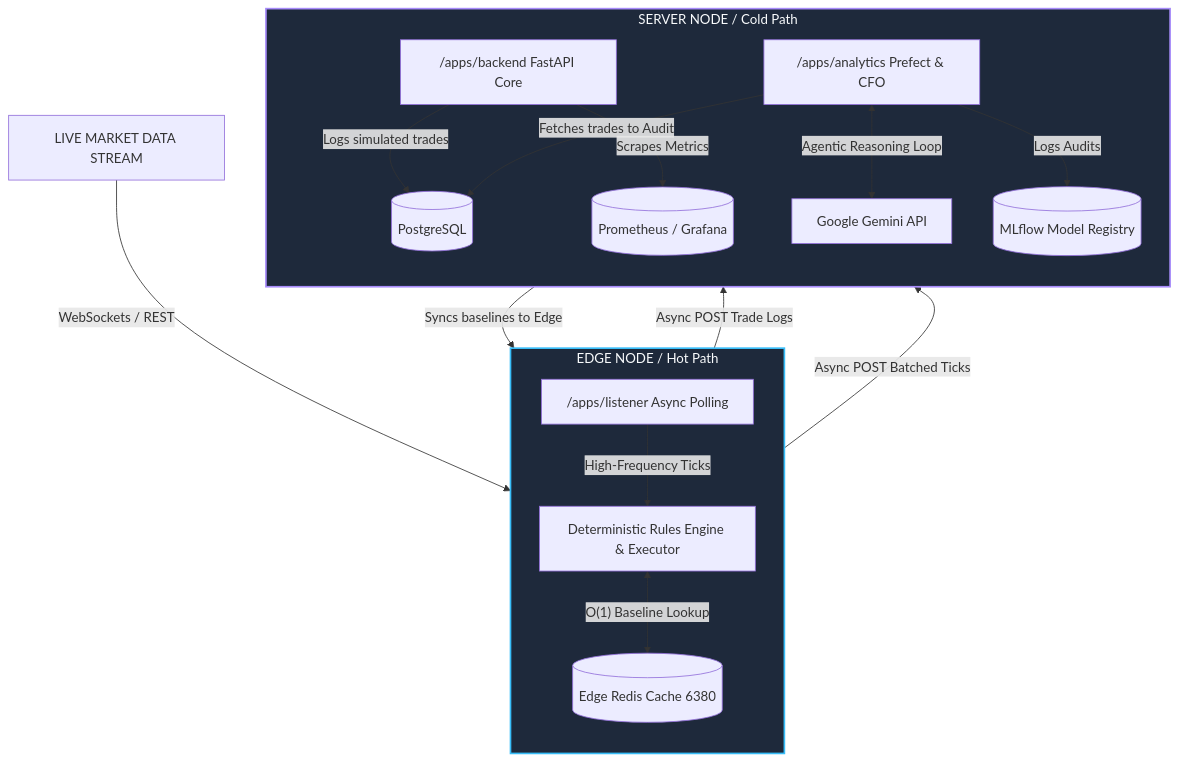
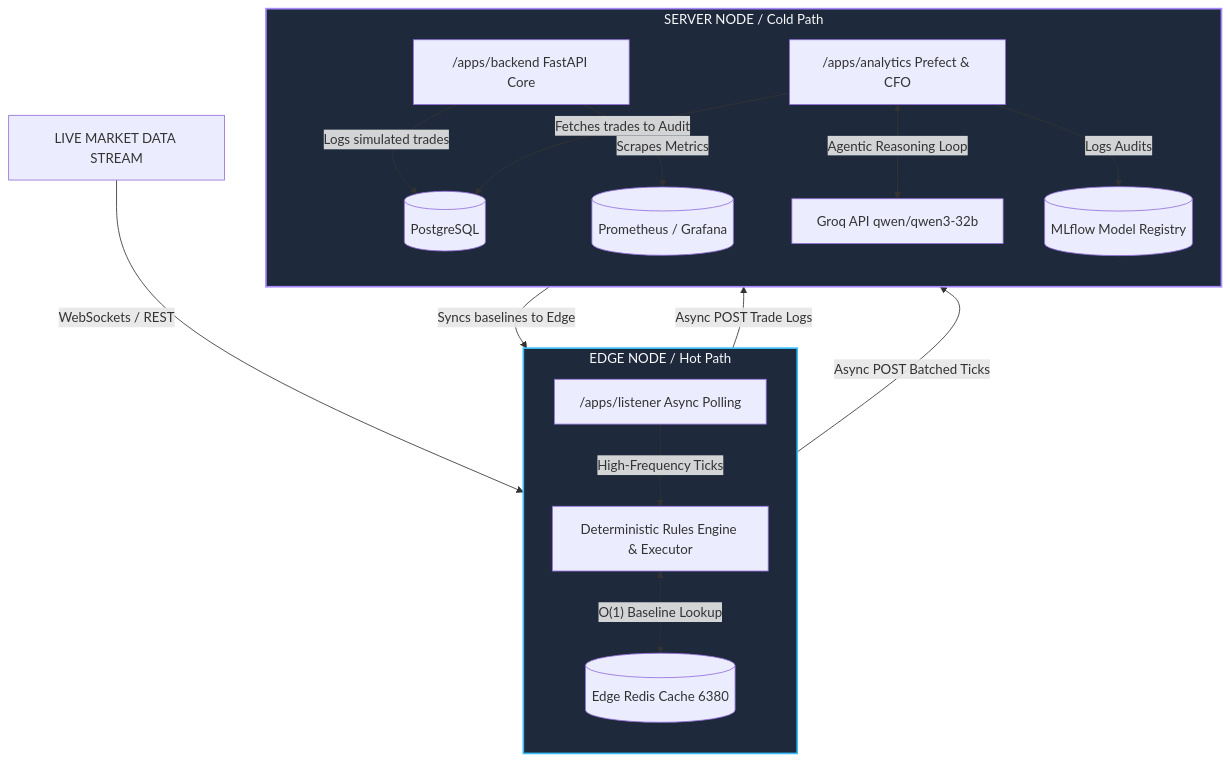
One commit to Criseda/brand-sniper-monorepo changed the diagram in docs/architecture.md. Above: the diagram before and after it, drawn with Mermaid. The commit also changed other lines of this file and 14 other files, not shown here.

First line of the commit message:
feat: migrate CFO pipeline from Gemini/FastMCP to Groq/instructor (#48)

````diff
--- a/docs/architecture.md
+++ b/docs/architecture.md
@@ -11,44 +11,44 @@
 ```mermaid
 flowchart TD
     classDef edgeNode fill:#1E293B,stroke:#38BDF8,stroke-width:2px,color:#F8FAFC
     classDef computeNode fill:#1E293B,stroke:#A78BFA,stroke-width:2px,color:#F8FAFC
     classDef dataStore fill:#334155,stroke:#94A3B8,stroke-width:1px,color:#E2F0F8
     classDef process fill:#0F172A,stroke:#64748B,stroke-width:1px,color:#E2F0F8,shape:rect
     classDef alert fill:#7F1D1D,stroke:#FCA5A5,stroke-width:2px,color:#FEE2E2
 
     Market[LIVE MARKET DATA STREAM]
 
     subgraph Edge[EDGE NODE / Hot Path]
         direction TB
         Listener["/apps/listener Async Polling"]
         DRE["Deterministic Rules Engine & Executor"]
         EdgeRedis[(Edge Redis Cache 6380)]
 
         Listener -->|High-Frequency Ticks| DRE
         DRE <-->|"O(1) Baseline Lookup"| EdgeRedis
     end
     Edge:::edgeNode
 
     Market -->|WebSockets / REST| Listener
 
     subgraph Compute[SERVER NODE / Cold Path]
         direction TB
         Backend["/apps/backend FastAPI Core"]
         Analytics["/apps/analytics Prefect & CFO"]
         Postgres[(PostgreSQL)]
         Prometheus[(Prometheus / Grafana)]
         MLflow[(MLflow Model Registry)]
-        Gemini[Google Gemini API]
+        Groq[Groq API qwen/qwen3-32b]
 
         Backend -->|Logs simulated trades| Postgres
         Backend -->|Scrapes Metrics| Prometheus
         Analytics -->|Fetches trades to Audit| Postgres
-        Analytics <-->|"Agentic Reasoning Loop"| Gemini
+        Analytics <-->|"Agentic Reasoning Loop"| Groq
         Analytics -->|Logs Audits| MLflow
         Analytics -->|Syncs baselines to Edge| EdgeRedis
     end
     Compute:::computeNode
 
     DRE -->|Async POST Trade Logs| Backend
     Listener -->|Async POST Batched Ticks| Backend
 ```
````
